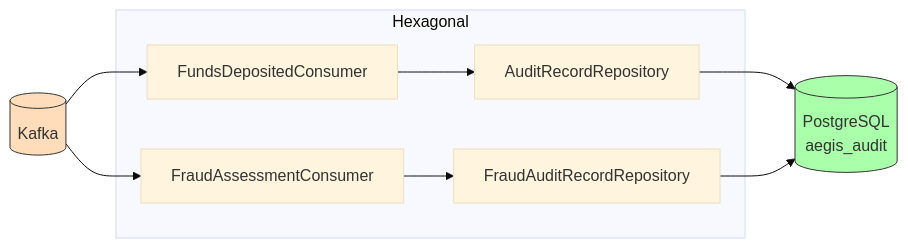
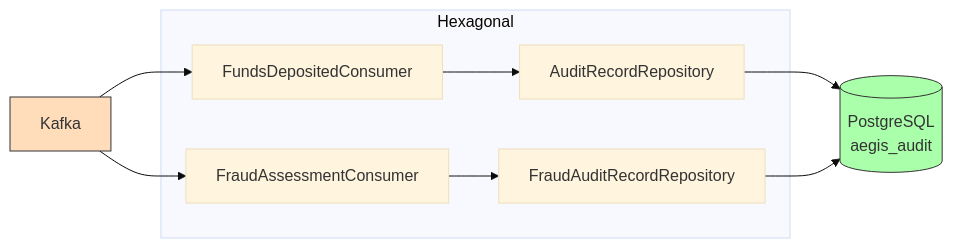
One commit to AlexAlvarezGallardo-GitHub/Aegis changed the first of 2 diagrams in docs/obsidian/01 - Services/Audit Service.md. Above: the diagram before and after it, drawn with Mermaid (base theme). The commit also changed 4 other files, not shown here.

First line of the commit message:
fix(infra): fix mermaid subgraph node declaration in vault diagrams

````diff
--- a/docs/obsidian/01 - Services/Audit Service.md
+++ b/docs/obsidian/01 - Services/Audit Service.md
@@ -15,17 +15,17 @@
 ```mermaid
 graph LR
-    Kafka[("Kafka")] --> Consumer1[FundsDepositedConsumer]
-    Kafka --> Consumer2[FraudAssessmentConsumer]
-    Consumer1 --> Repo1[AuditRecordRepository]
-    Consumer2 --> Repo2[FraudAuditRecordRepository]
-    Repo1 --> DB[(PostgreSQL<br/>aegis_audit)]
+    subgraph Hexagonal["Hexagonal"]
+        Consumer1["FundsDepositedConsumer"]
+        Consumer2["FraudAssessmentConsumer"]
+        Repo1["AuditRecordRepository"]
+        Repo2["FraudAuditRecordRepository"]
+        Consumer1 --> Repo1
+        Consumer2 --> Repo2
+    end
+    Kafka["Kafka"] --> Consumer1
+    Kafka --> Consumer2
+    Repo1 --> DB[("PostgreSQL<br/>aegis_audit")]
     Repo2 --> DB
-    subgraph "Hexagonal"
-        Consumer1
-        Consumer2
-        Repo1
-        Repo2
-    end
     style Kafka fill:#fdb,stroke:#333
     style DB fill:#afa,stroke:#333
 ```
````
